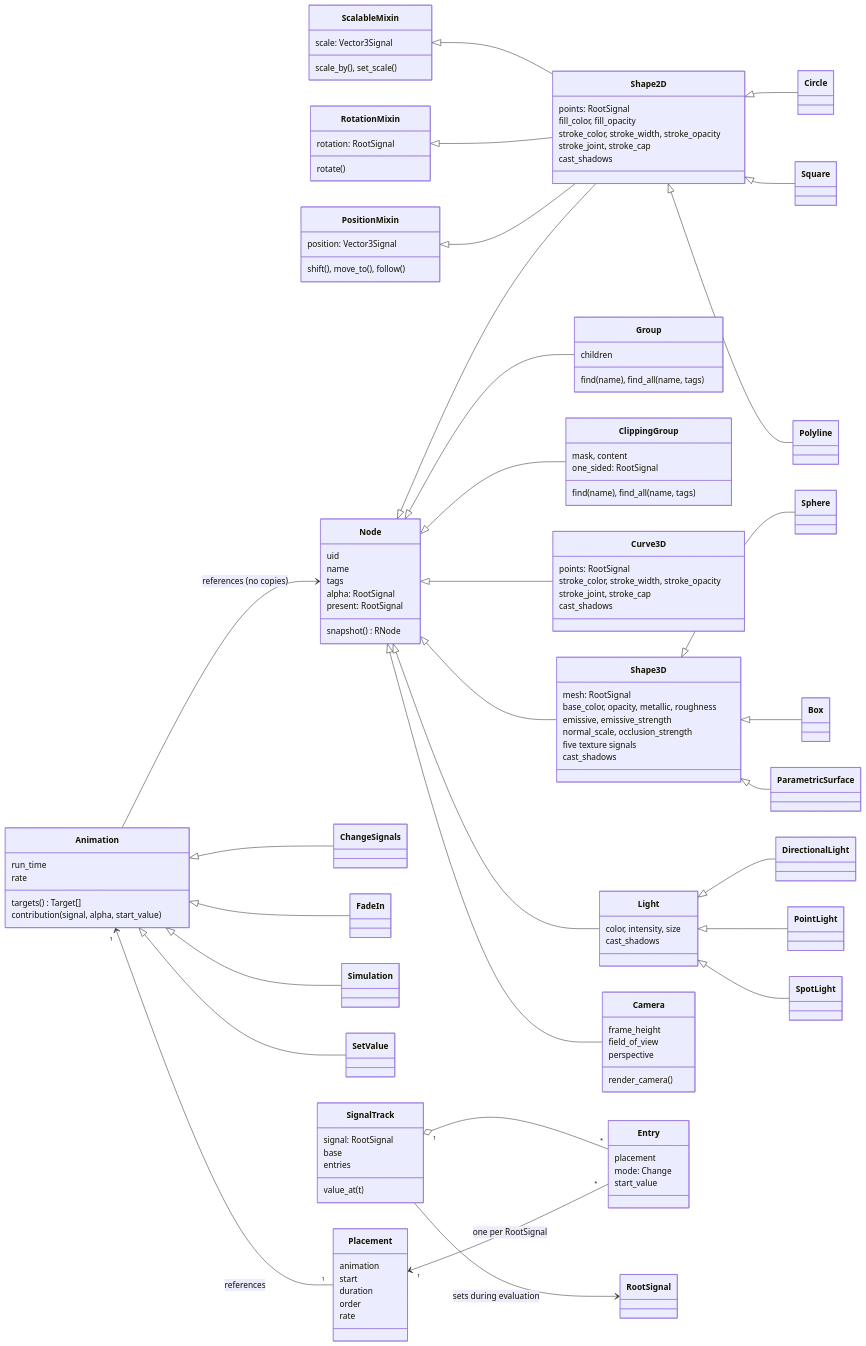
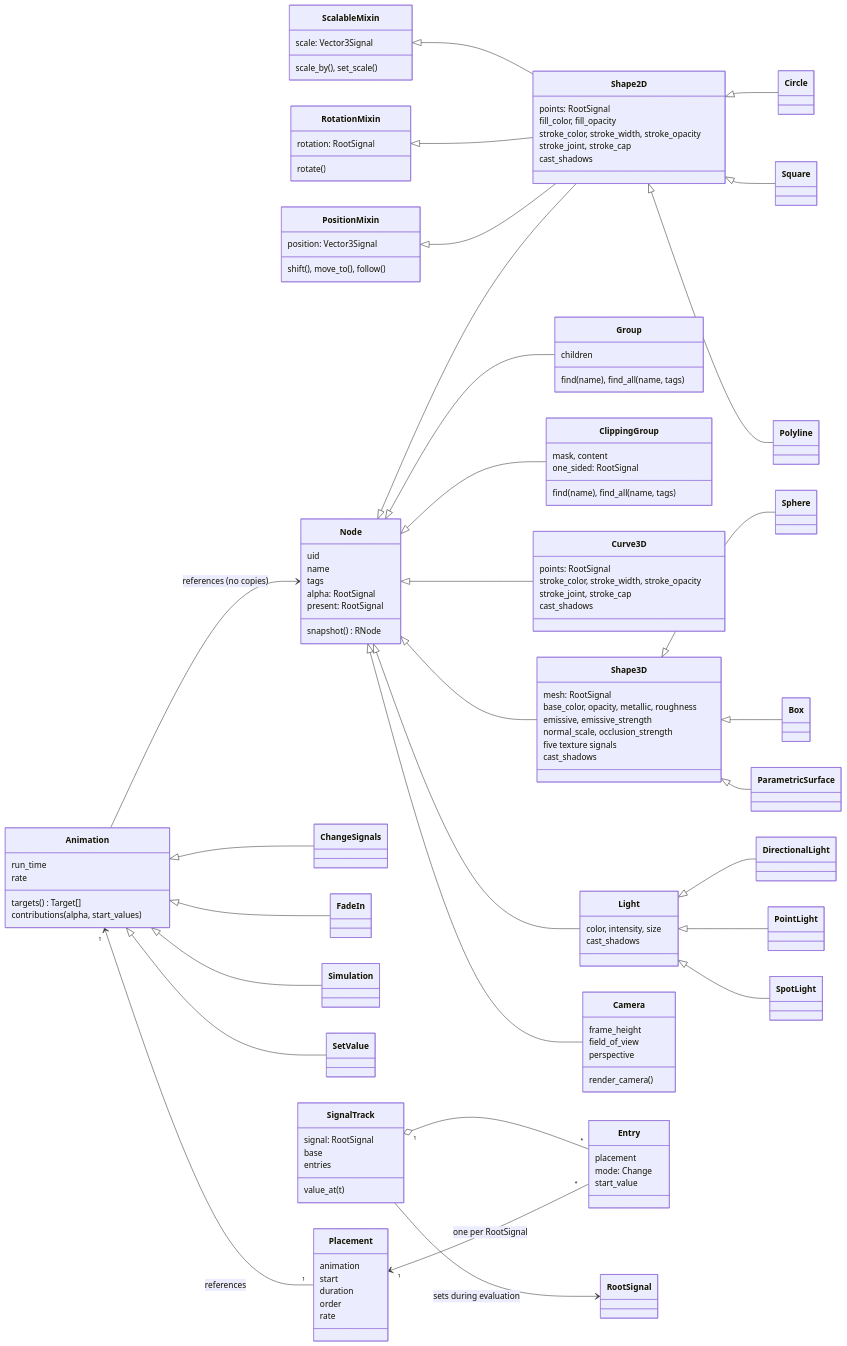
Before and after one commit to MrDiver/manim: the third of 8 diagrams in manimx/ARCHITECTURE.md, drawn with Mermaid. The commit also changed other lines of this file and 25 other files, not shown here.

```diff
--- a/manimx/ARCHITECTURE.md
+++ b/manimx/ARCHITECTURE.md
@@ -251,7 +251,7 @@
         run_time
         rate
         targets() Target[]
-        contribution(signal, alpha, start_value)
+        contributions(alpha, start_values)
     }
     Animation <|-- ChangeSignals
     Animation <|-- FadeIn
```
